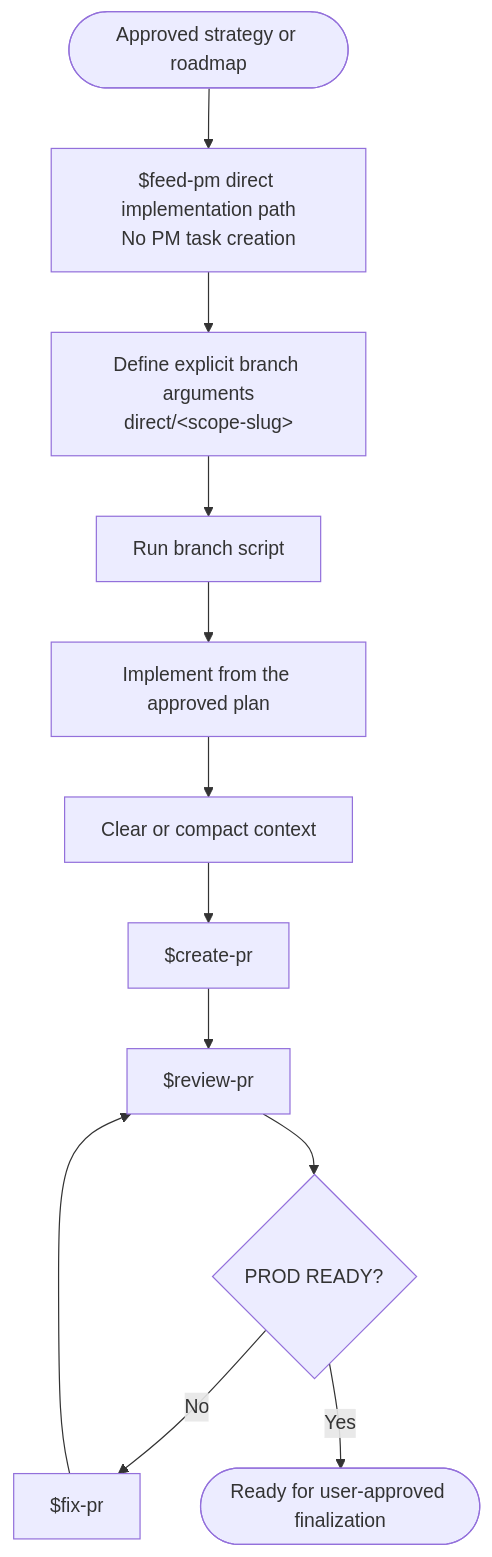
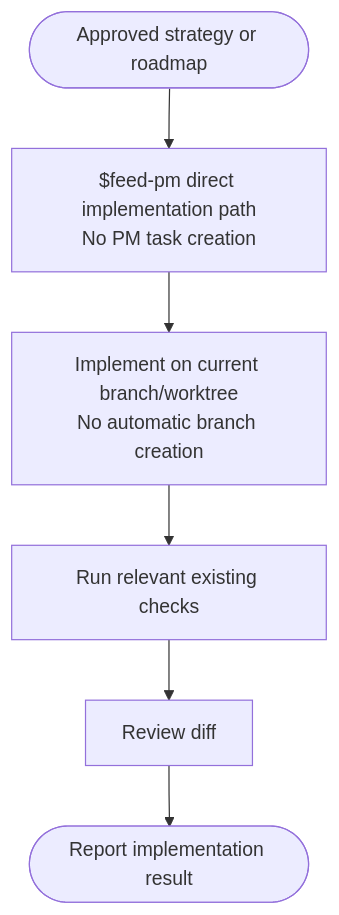
One commit to mvagnon/plan-based-agentic-workflow changed the second of 2 diagrams in README.md. Above: the diagram before and after it, drawn with Mermaid. The commit also changed other lines of this file and 2 other files, not shown here.

Commit message:
update mermaids in readme

````diff
--- a/README.md
+++ b/README.md
@@ -43,14 +43,8 @@
 ```mermaid
 flowchart TD
     A([Approved strategy or roadmap]) --> B["$feed-pm direct implementation path<br/>No PM task creation"]
-    B --> C["Define explicit branch arguments<br/>direct/&lt;scope-slug&gt;"]
-    C --> D["Run branch script"]
-    D --> E["Implement from the approved plan"]
-    E --> F["Clear or compact context"]
-    F --> G["$create-pr"]
-    G --> H["$review-pr"]
-    H --> I{"PROD READY?"}
-    I -->|No| J["$fix-pr"]
-    J --> H
-    I -->|Yes| K([Ready for user-approved finalization])
+    B --> C["Implement on current branch/worktree<br/>No automatic branch creation"]
+    C --> D["Run relevant existing checks"]
+    D --> E["Review diff"]
+    E --> F([Report implementation result])
 ```
````
